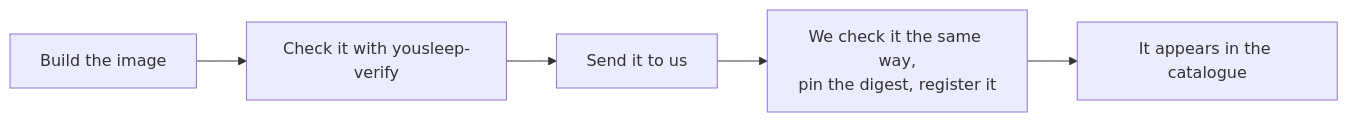
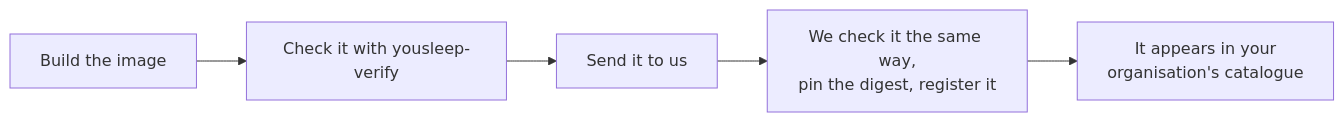
One commit to yousleep-ai/docs-public changed the diagram in docs/build/registration.md. Above: the diagram before and after it, drawn with Mermaid. The commit also changed other lines of this file, not shown here.

First line of the commit message:
docs: a registered analysis is offered first to its organisation (#8)

````diff
--- a/docs/build/registration.md
+++ b/docs/build/registration.md
@@ -7,7 +7,7 @@
 ```mermaid
 flowchart LR
     B[Build the image] --> C[Check it with yousleep-verify]
     C --> S[Send it to us]
     S --> R[We check it the same way,<br/>pin the digest, register it]
-    R --> A[It appears in the catalogue]
+    R --> A[It appears in your<br/>organisation's catalogue]
 ```
````
